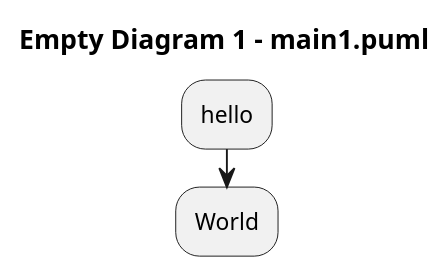
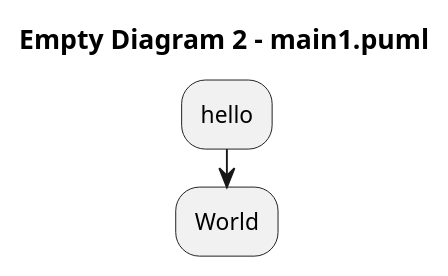
Before and after one commit to arwenvaughan/test1: the diagram in main1.puml, drawn with PlantUML.

Commit message:
PlantText Commit: .

```diff
--- a/main1.puml
+++ b/main1.puml
@@ -1,7 +1,7 @@
 @startuml
 
-title Empty Diagram 1 - main1.puml
+title Empty Diagram 2 - main1.puml
 :hello;
 :World;
 
 @enduml
```
